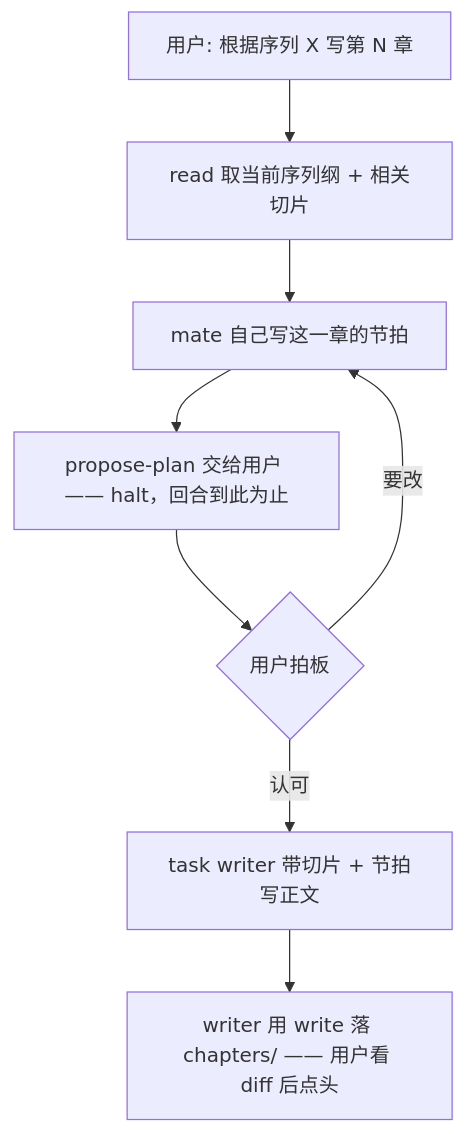
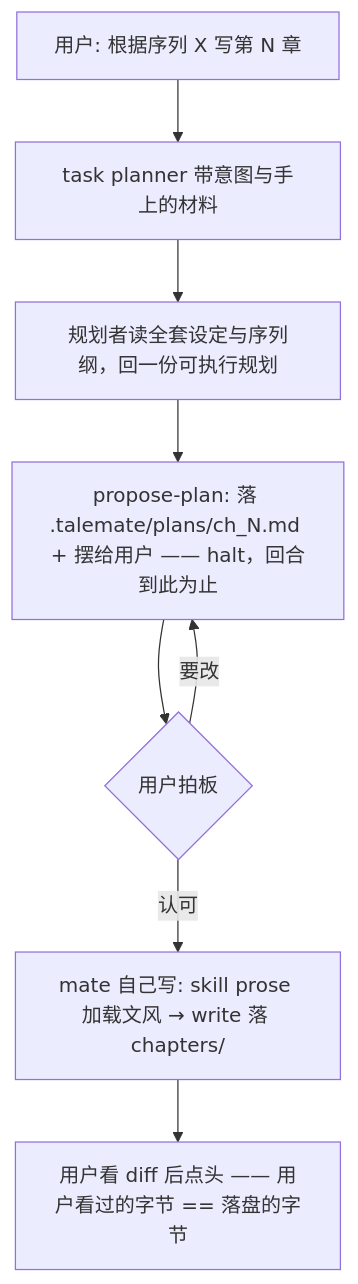
One commit to Sunshine334419520/talemate changed the diagram in docs/design-docs.md. Above: the diagram before and after it, drawn with Mermaid. The commit also changed other lines of this file and 38 other files, not shown here.

Commit message:
Refactor agent workflow to move prose generation to mate and introduce p

````diff
--- a/docs/design-docs.md
+++ b/docs/design-docs.md
@@ -87,10 +87,10 @@
 ```mermaid
 flowchart TD
-    W[用户: 根据序列 X 写第 N 章] --> W1[read 取当前序列纲 + 相关切片]
-    W1 --> W2[mate 自己写这一章的节拍]
-    W2 --> W3[propose-plan 交给用户 —— halt，回合到此为止]
+    W[用户: 根据序列 X 写第 N 章] --> W1[task planner 带意图与手上的材料]
+    W1 --> W2[规划者读全套设定与序列纲，回一份可执行规划]
+    W2 --> W3[propose-plan: 落 .talemate/plans/ch_N.md + 摆给用户 —— halt，回合到此为止]
     W3 --> W4{用户拍板}
-    W4 -- 要改 --> W2
-    W4 -- 认可 --> W5[task writer 带切片 + 节拍写正文]
-    W5 --> W6[writer 用 write 落 chapters/ —— 用户看 diff 后点头]
+    W4 -- 要改 --> W3
+    W4 -- 认可 --> W5[mate 自己写: skill prose 加载文风 → write 落 chapters/]
+    W5 --> W6[用户看 diff 后点头 —— 用户看过的字节 == 落盘的字节]
 ```
````
